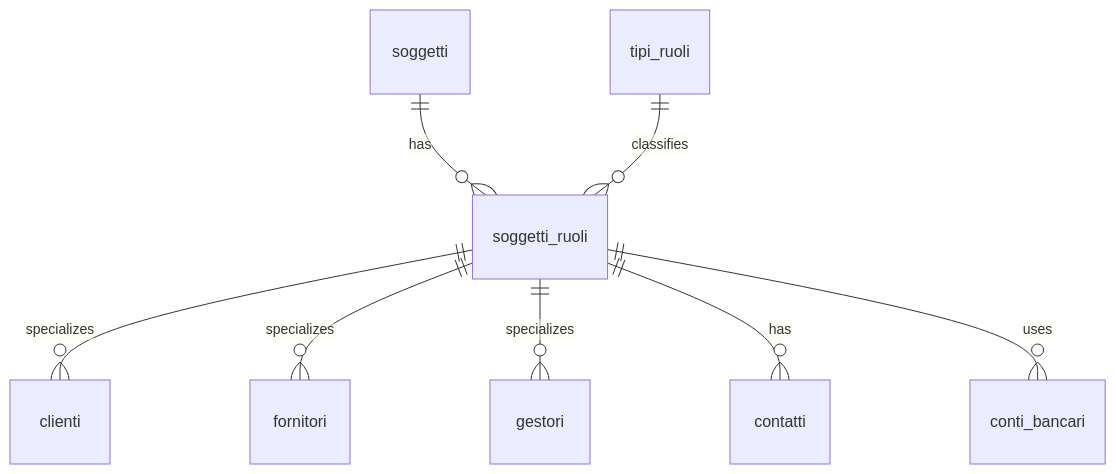
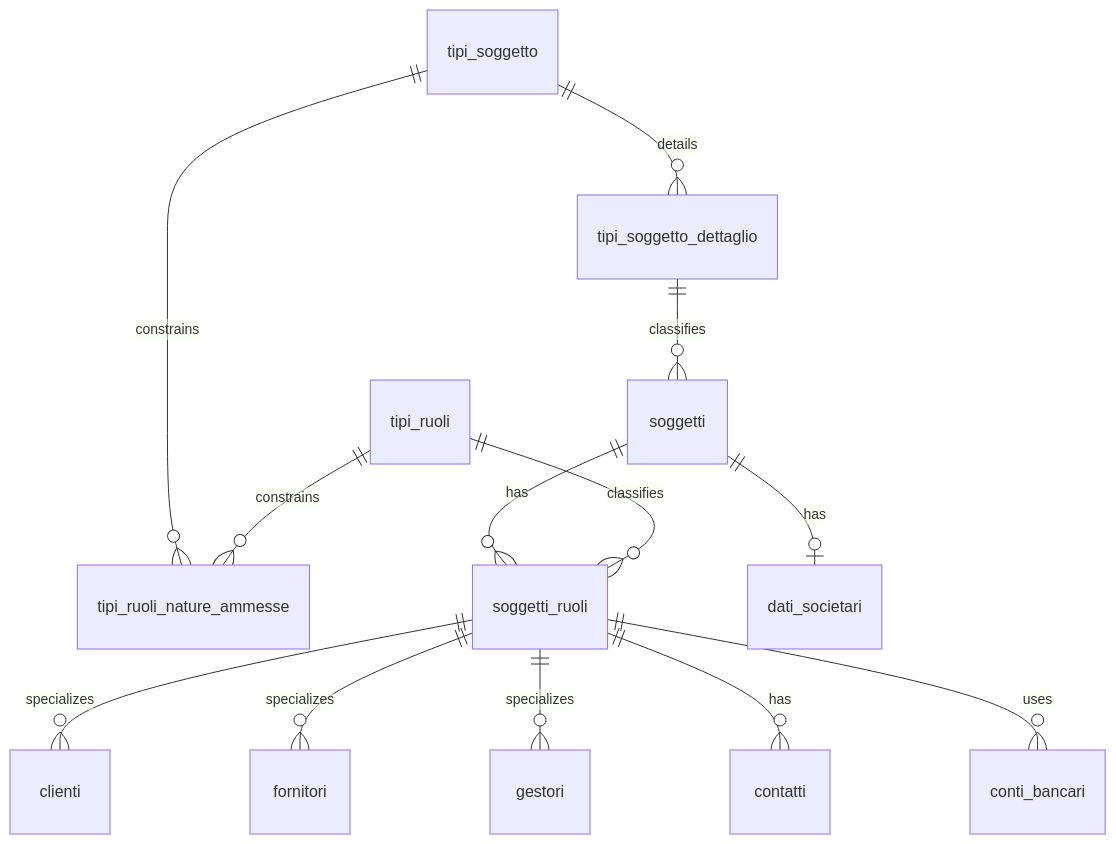
One commit to Tito-it/ZeroErp changed the diagram in docs/it/guide/soggetti-e-ruoli-anagrafici.md. Above: the diagram before and after it, drawn with Mermaid. The commit also changed other lines of this file and 1 other file, not shown here.

````diff
--- a/docs/it/guide/soggetti-e-ruoli-anagrafici.md
+++ b/docs/it/guide/soggetti-e-ruoli-anagrafici.md
@@ -192,12 +308,18 @@
 ```mermaid
 erDiagram
+    tipi_soggetto ||--o{ tipi_soggetto_dettaglio : details
+    tipi_soggetto_dettaglio ||--o{ soggetti : classifies
+    tipi_soggetto ||--o{ tipi_ruoli_nature_ammesse : constrains
+
     soggetti ||--o{ soggetti_ruoli : has
+    soggetti ||--o| dati_societari : has
     tipi_ruoli ||--o{ soggetti_ruoli : classifies
+    tipi_ruoli ||--o{ tipi_ruoli_nature_ammesse : constrains
 
     soggetti_ruoli ||--o{ clienti : specializes
     soggetti_ruoli ||--o{ fornitori : specializes
     soggetti_ruoli ||--o{ gestori : specializes
 
     soggetti_ruoli ||--o{ contatti : has
     soggetti_ruoli ||--o{ conti_bancari : uses
 ```
````
